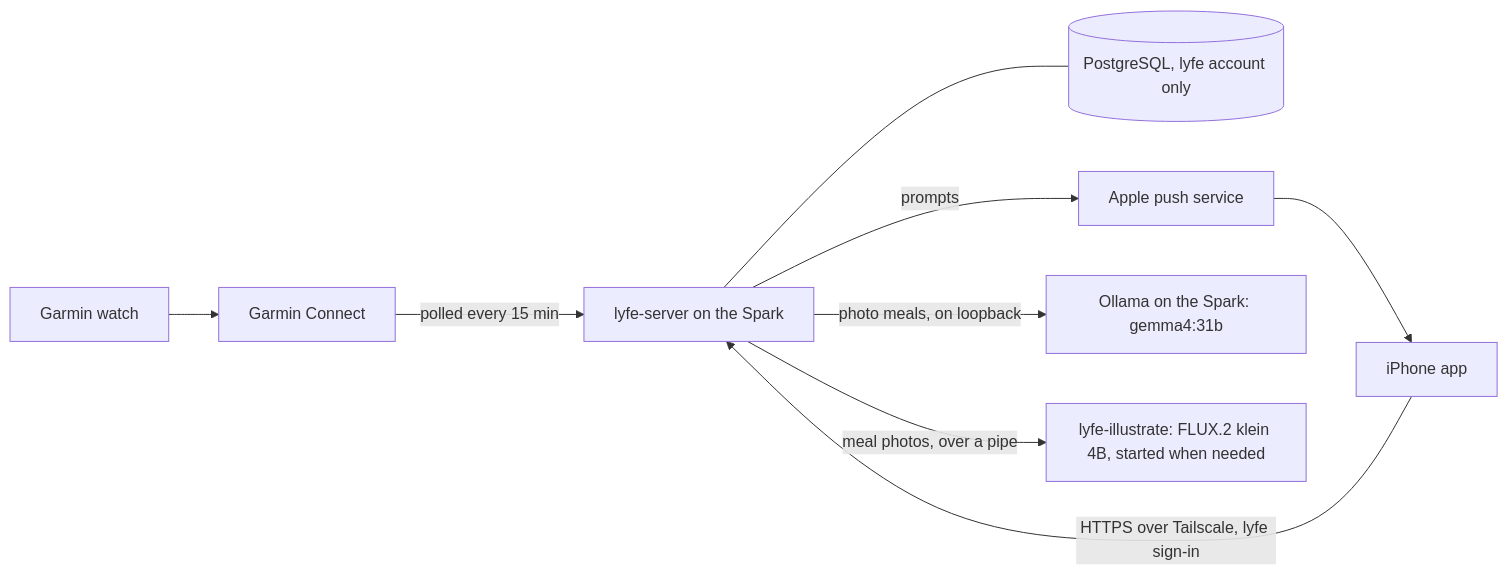
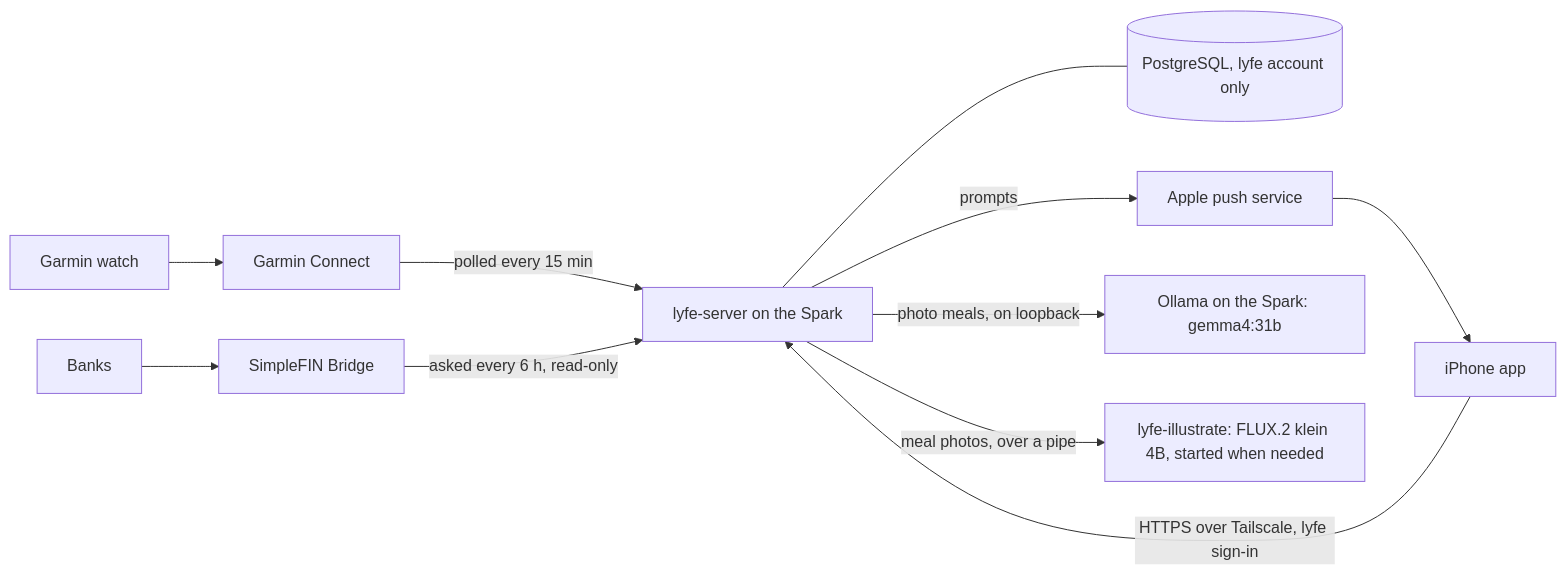
Before and after one commit to EduardKakosyan/lyfe: the diagram in README.md, drawn with Mermaid. The commit also changed other lines of this file and 2 other files, not shown here.

````diff
--- a/README.md
+++ b/README.md
@@ -18,10 +18,12 @@
 ```mermaid
 flowchart LR
     watch[Garmin watch] --> garmin[Garmin Connect]
     garmin -- polled every 15 min --> server[lyfe-server on the Spark]
     server --- db[(PostgreSQL, lyfe account only)]
     phone[iPhone app] -- HTTPS over Tailscale, lyfe sign-in --> server
     server -- prompts --> apple[Apple push service] --> phone
     server -- photo meals, on loopback --> ollama[Ollama on the Spark: gemma4:31b]
     server -- meal photos, over a pipe --> illustrator[lyfe-illustrate: FLUX.2 klein 4B, started when needed]
+    banks[Banks] --> bridge[SimpleFIN Bridge]
+    bridge -- asked every 6 h, read-only --> server
 ```
````
